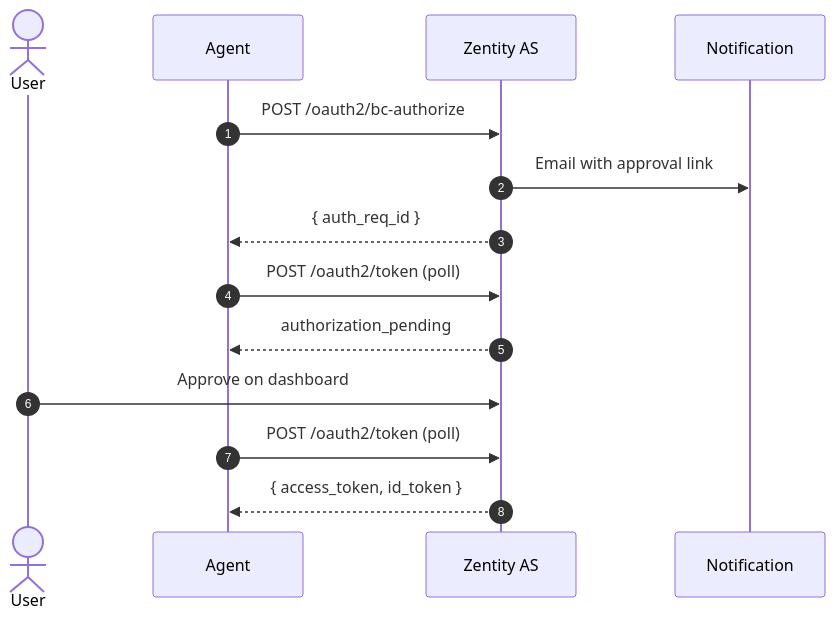
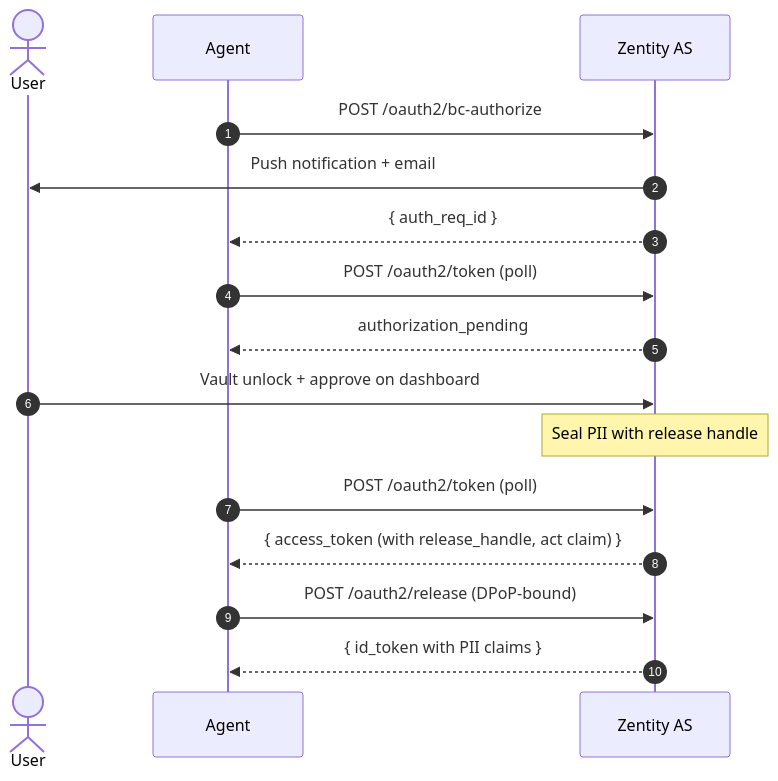
The fourth of 4 diagrams in docs/architecture.md (gustavovalverde/zentity), drawn with Mermaid before and after one commit. The commit also changed other lines of this file and 85 other files, not shown here.

````diff
--- a/docs/architecture.md
+++ b/docs/architecture.md
@@ -272,17 +272,19 @@
 ```mermaid
 sequenceDiagram
   autonumber
   actor User
   participant Agent as Agent
   participant AS as Zentity AS
-  participant Notify as Notification
 
   Agent->>AS: POST /oauth2/bc-authorize
-  AS->>Notify: Email with approval link
+  AS->>User: Push notification + email
   AS-->>Agent: { auth_req_id }
   Agent->>AS: POST /oauth2/token (poll)
   AS-->>Agent: authorization_pending
-  User->>AS: Approve on dashboard
+  User->>AS: Vault unlock + approve on dashboard
+  Note over AS: Seal PII with release handle
   Agent->>AS: POST /oauth2/token (poll)
-  AS-->>Agent: { access_token, id_token }
+  AS-->>Agent: { access_token (with release_handle, act claim) }
+  Agent->>AS: POST /oauth2/release (DPoP-bound)
+  AS-->>Agent: { id_token with PII claims }
 ```
````
